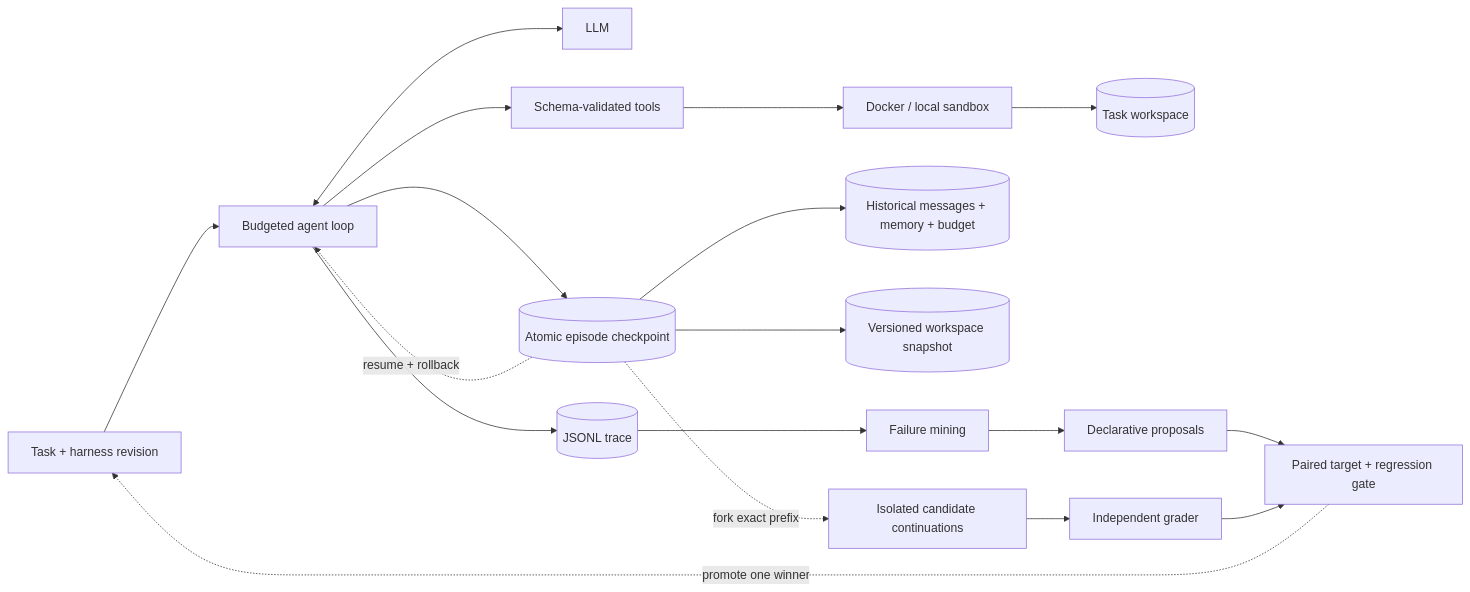
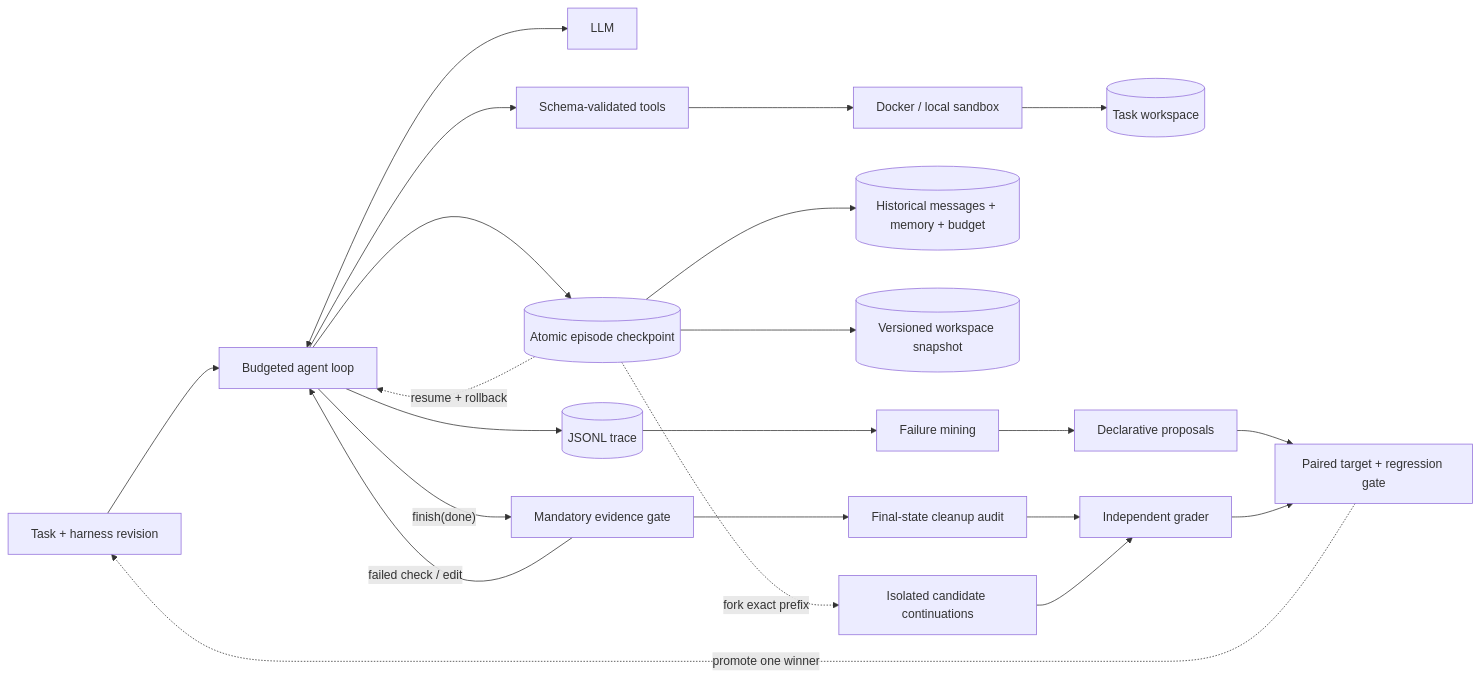
Before and after one commit to fhs1220888/HarnessForge: the diagram in README.md, drawn with Mermaid. The commit also changed other lines of this file and 22 other files, not shown here.

````diff
--- a/README.md
+++ b/README.md
@@ -43,22 +44,26 @@
 ```mermaid
 flowchart LR
     I["Task + harness revision"] --> L["Budgeted agent loop"]
     L <--> M["LLM"]
     L --> V["Schema-validated tools"]
     V --> S["Docker / local sandbox"]
     S --> W[("Task workspace")]
 
     L --> C[("Atomic episode checkpoint")]
     C --> H[("Historical messages + memory + budget")]
     C --> P[("Versioned workspace snapshot")]
     C -.->|resume + rollback| L
     C -.->|fork exact prefix| F["Isolated candidate continuations"]
 
     L --> T[("JSONL trace")]
+    L -->|"finish(done)"| R["Mandatory evidence gate"]
+    R -->|"failed check / edit"| L
+    R --> A["Final-state cleanup audit"]
+    A --> G
     F --> G["Independent grader"]
     T --> N["Failure mining"]
     N --> Q["Declarative proposals"]
     Q --> E["Paired target + regression gate"]
     G --> E
     E -.->|promote one winner| I
 ```
````
